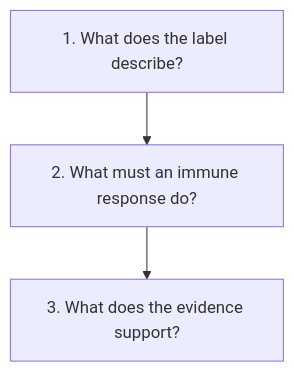
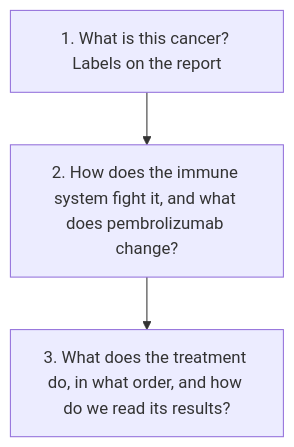
The diagram in wiki/education/guides/start-here/index.md (jasonLaster/oncoguide), drawn with Mermaid before and after one commit. The commit also changed other lines of this file and 322 other files, not shown here.

````diff
--- a/wiki/education/guides/start-here/index.md
+++ b/wiki/education/guides/start-here/index.md
@@ -33,5 +32,5 @@
 ```mermaid
 flowchart TD
-  A[1. What does the label describe?] --> B[2. What must an immune response do?]
-  B --> C[3. What does the evidence support?]
+  A["1. What is this cancer? Labels on the report"] --> B["2. How does the immune system fight it, and what does pembrolizumab change?"]
+  B --> C["3. What does the treatment do, in what order, and how do we read its results?"]
 ```
````
